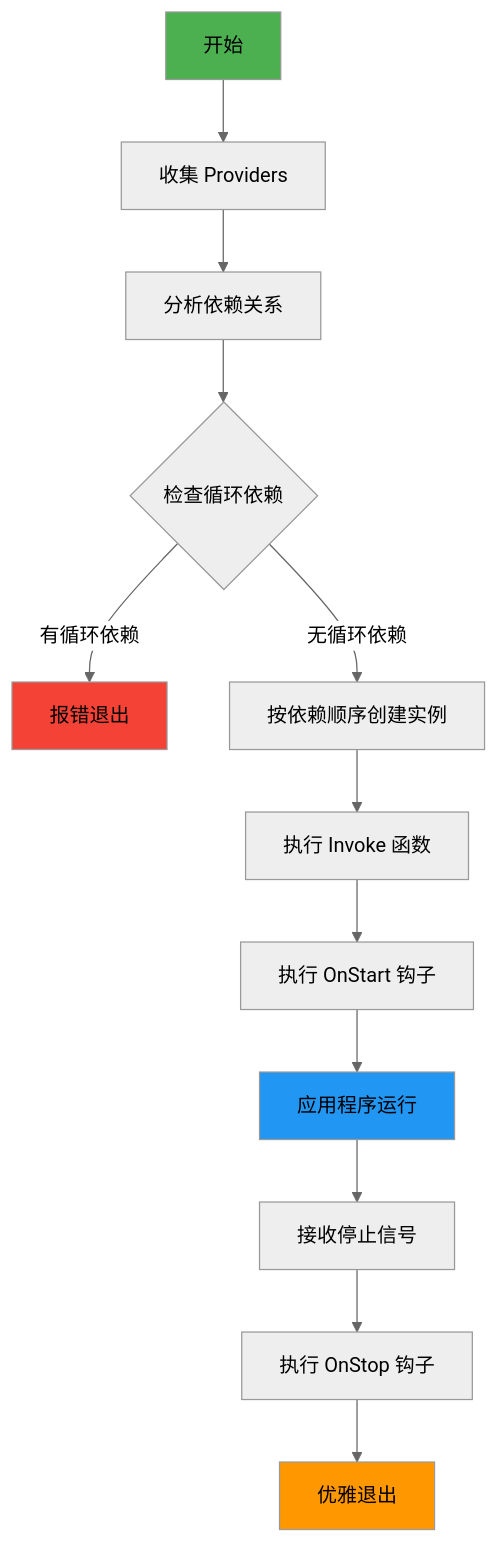
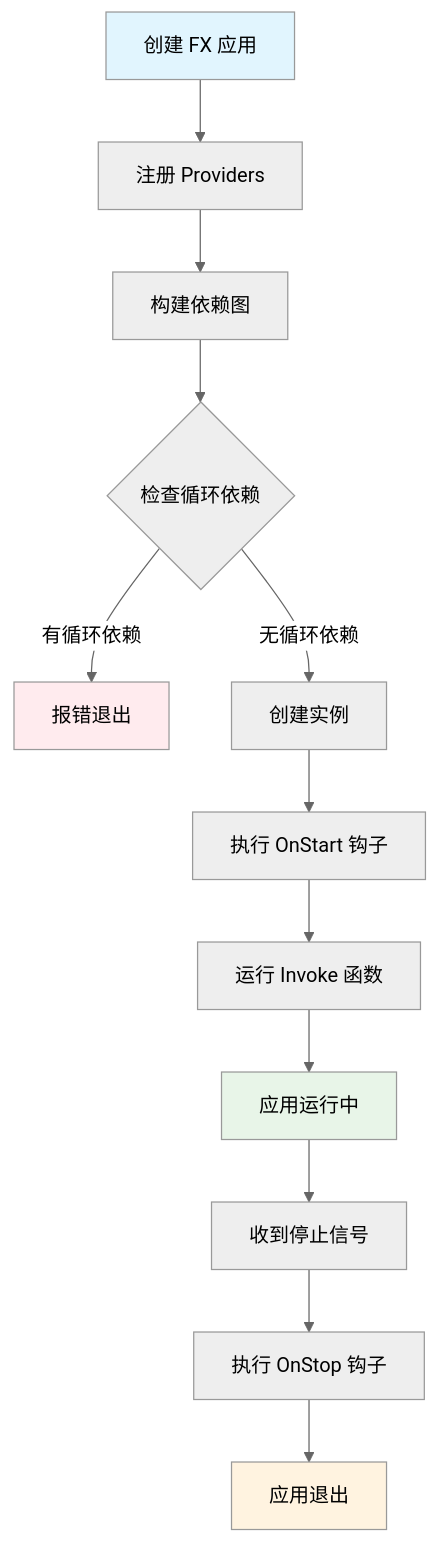
Before and after one commit to bisenliu/go-micro-scaffold: the first of 5 diagrams in FX_FRAMEWORK_GUIDE.md, drawn with Mermaid (neutral theme). The commit also changed other lines of this file, not shown here.

````diff
--- a/FX_FRAMEWORK_GUIDE.md
+++ b/FX_FRAMEWORK_GUIDE.md
@@ -132,19 +31,19 @@
 ```mermaid
 flowchart TD
-    A[开始] --> B[收集 Providers]
-    B --> C[分析依赖关系]
+    A[创建 FX 应用] --> B[注册 Providers]
+    B --> C[构建依赖图]
     C --> D{检查循环依赖}
     D -->|有循环依赖| E[报错退出]
-    D -->|无循环依赖| F[按依赖顺序创建实例]
-    F --> G[执行 Invoke 函数]
-    G --> H[执行 OnStart 钩子]
-    H --> I[应用程序运行]
-    I --> J[接收停止信号]
+    D -->|无循环依赖| F[创建实例]
+    F --> G[执行 OnStart 钩子]
+    G --> H[运行 Invoke 函数]
+    H --> I[应用运行中]
+    I --> J[收到停止信号]
     J --> K[执行 OnStop 钩子]
-    K --> L[优雅退出]
+    K --> L[应用退出]
     
-    style A fill:#4caf50
-    style E fill:#f44336
-    style I fill:#2196f3
-    style L fill:#ff9800
+    style A fill:#e1f5fe
+    style E fill:#ffebee
+    style I fill:#e8f5e8
+    style L fill:#fff3e0
 ```
````
